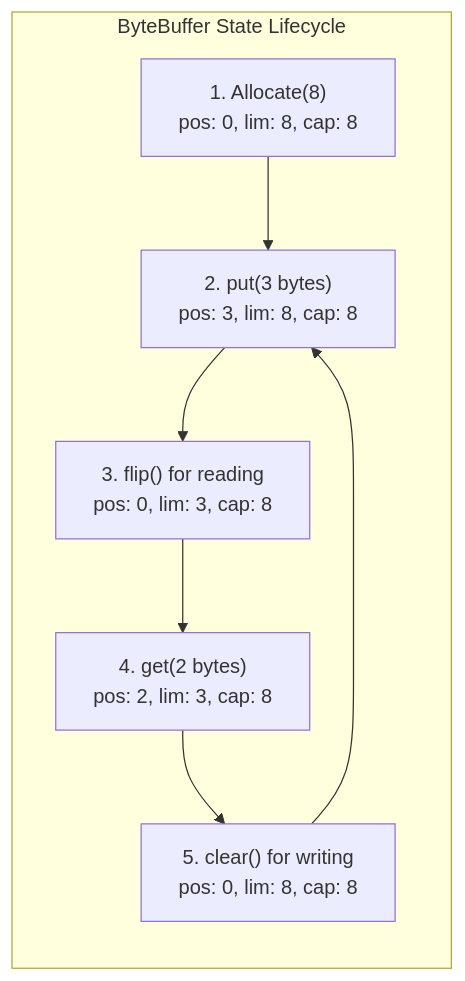
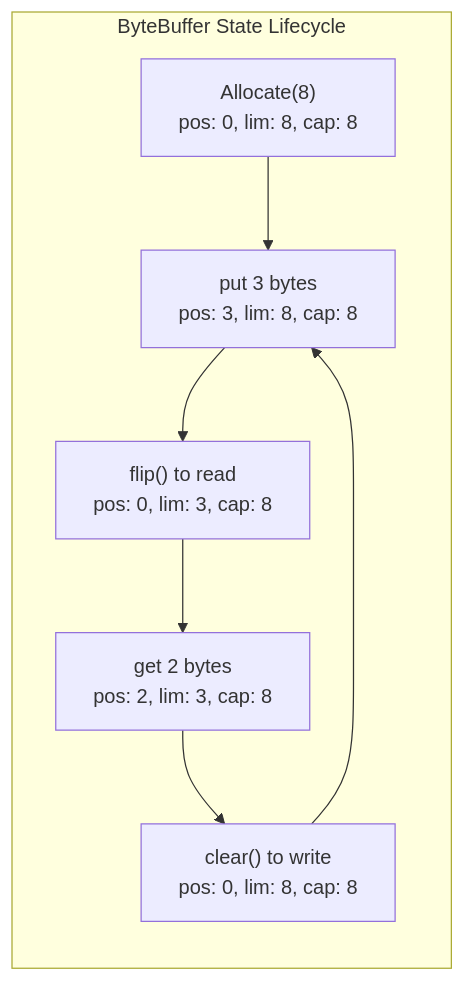
The second of 5 diagrams in content/roadmap/level-2/io-and-nio2.md (ravishankar2463/java_hub), drawn with Mermaid before and after one commit. The commit also changed other lines of this file and 119 other files, not shown here.

Commit message:
feat: add comprehensive java learning roadmap content across multiple levels

````diff
--- a/content/roadmap/level-2/io-and-nio2.md
+++ b/content/roadmap/level-2/io-and-nio2.md
@@ -90,12 +248,12 @@
 ```mermaid
 flowchart LR
     subgraph BufferState ["ByteBuffer State Lifecycle"]
-        Alloc["1. Allocate(8)<br/>pos: 0, lim: 8, cap: 8"]
-        Write["2. put(3 bytes)<br/>pos: 3, lim: 8, cap: 8"]
-        Flip["3. flip() for reading<br/>pos: 0, lim: 3, cap: 8"]
-        Read["4. get(2 bytes)<br/>pos: 2, lim: 3, cap: 8"]
-        Clear["5. clear() for writing<br/>pos: 0, lim: 8, cap: 8"]
+        Alloc["Allocate(8)<br/>pos: 0, lim: 8, cap: 8"]
+        Write["put 3 bytes<br/>pos: 3, lim: 8, cap: 8"]
+        Flip["flip() to read<br/>pos: 0, lim: 3, cap: 8"]
+        Read["get 2 bytes<br/>pos: 2, lim: 3, cap: 8"]
+        Clear["clear() to write<br/>pos: 0, lim: 8, cap: 8"]
     end
 
     Alloc --> Write --> Flip --> Read --> Clear --> Write
 ```
````
